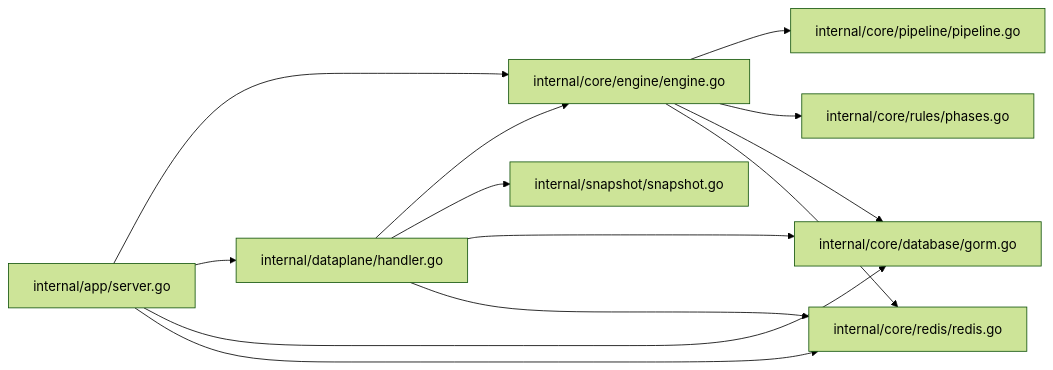
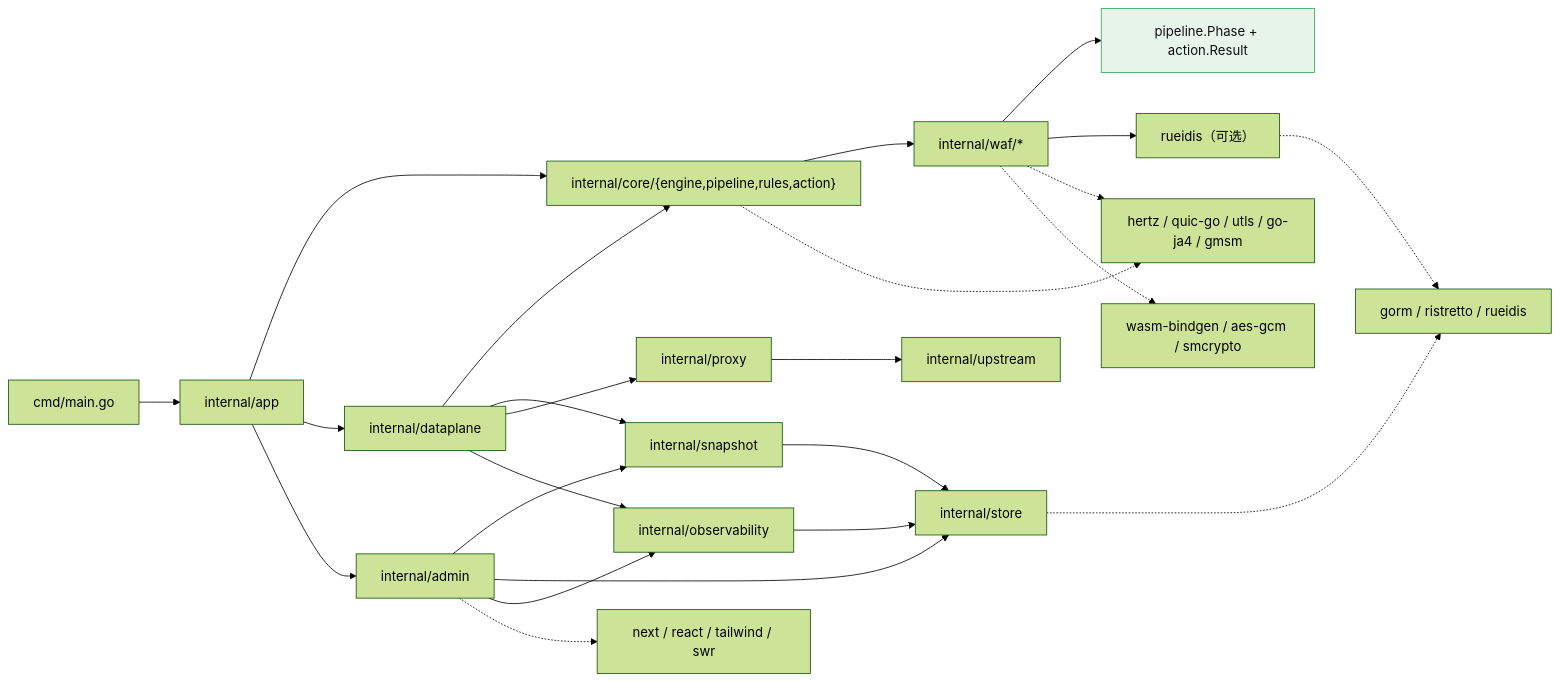
The fifth of 5 diagrams in docs/项目概述/技术架构.md (x01n/My-OpenWaf), drawn with Mermaid (forest theme) before and after one commit. The commit also changed other lines of this file and 622 other files, not shown here.

````diff
--- a/docs/项目概述/技术架构.md
+++ b/docs/项目概述/技术架构.md
@@ -259,15 +394,32 @@
 ```mermaid
 graph LR
-App["internal/app/server.go"] --> Engine["internal/core/engine/engine.go"]
-App --> DP["internal/dataplane/handler.go"]
-Engine --> Pipeline["internal/core/pipeline/pipeline.go"]
-Engine --> Phases["internal/core/rules/phases.go"]
-DP --> Engine
-DP --> Snapshot["internal/snapshot/snapshot.go"]
-App --> DB["internal/core/database/gorm.go"]
-App --> Redis["internal/core/redis/redis.go"]
-Engine --> DB
-Engine --> Redis
-DP --> DB
-DP --> Redis
+  CMD["cmd/main.go"] --> APP["internal/app"]
+  APP --> CORE["internal/core/{engine,pipeline,rules,action}"]
+  APP --> DP["internal/dataplane"]
+  APP --> ADM["internal/admin"]
+  DP --> CORE
+  DP --> SNAP["internal/snapshot"]
+  DP --> PX["internal/proxy"]
+  ADM --> SNAP
+  ADM --> STORE["internal/store"]
+  CORE --> WAF["internal/waf/*"]
+  WAF --> ABS["pipeline.Phase + action.Result"]
+  WAF --> RUE["rueidis（可选）"]
+  SNAP --> STORE
+  PX --> UP["internal/upstream"]
+  ADM --> OBS["internal/observability"]
+  DP --> OBS
+  OBS --> STORE
+  EXT1["hertz / quic-go / utls / go-ja4 / gmsm"]
+  EXT2["gorm / ristretto / rueidis"]
+  EXT3["next / react / tailwind / swr"]
+  EXT4["wasm-bindgen / aes-gcm / smcrypto"]
+  WAF -.-> EXT1
+  CORE -.-> EXT1
+  STORE -.-> EXT2
+  RUE -.-> EXT2
+  ADM -.-> EXT3
+  WAF -.-> EXT4
+  classDef abs fill:#e6f4ea,stroke:#34a853,color:#111
+  class ABS abs
 ```
````
